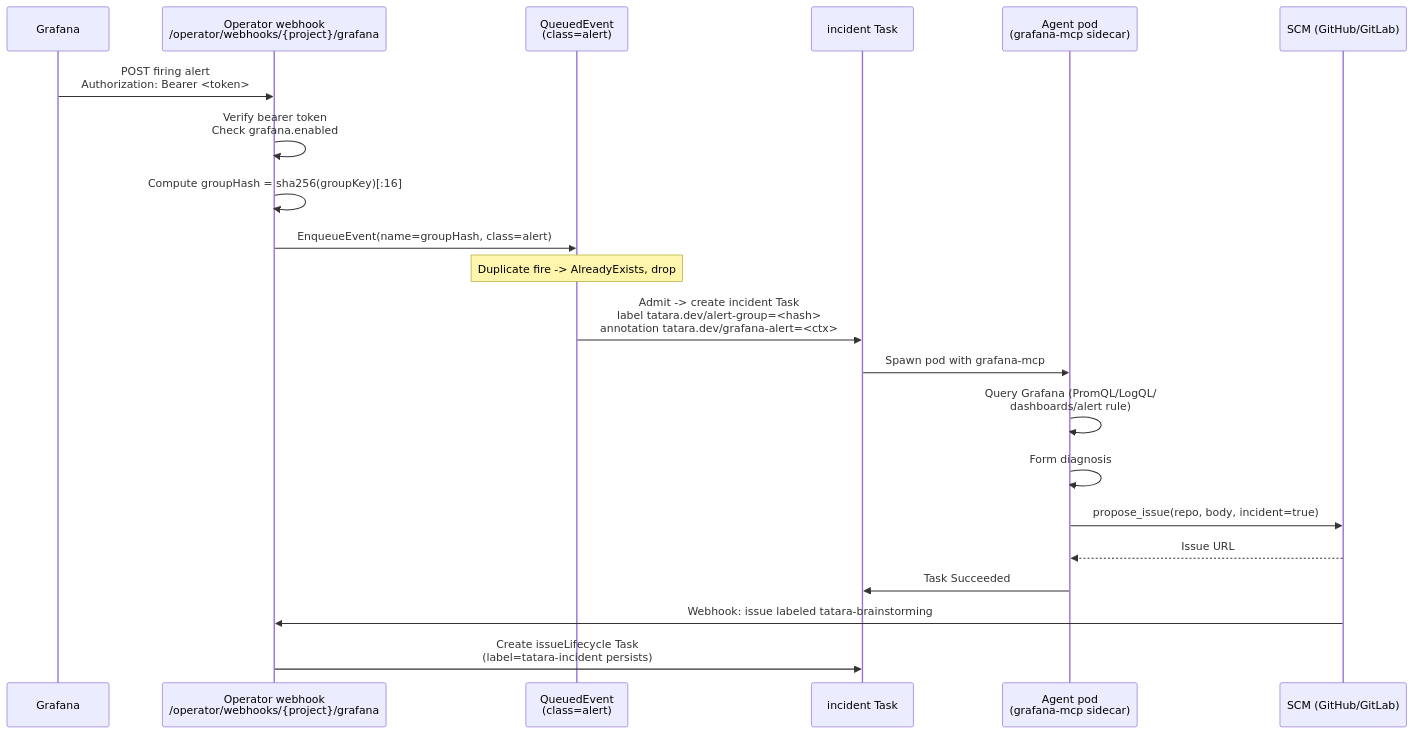
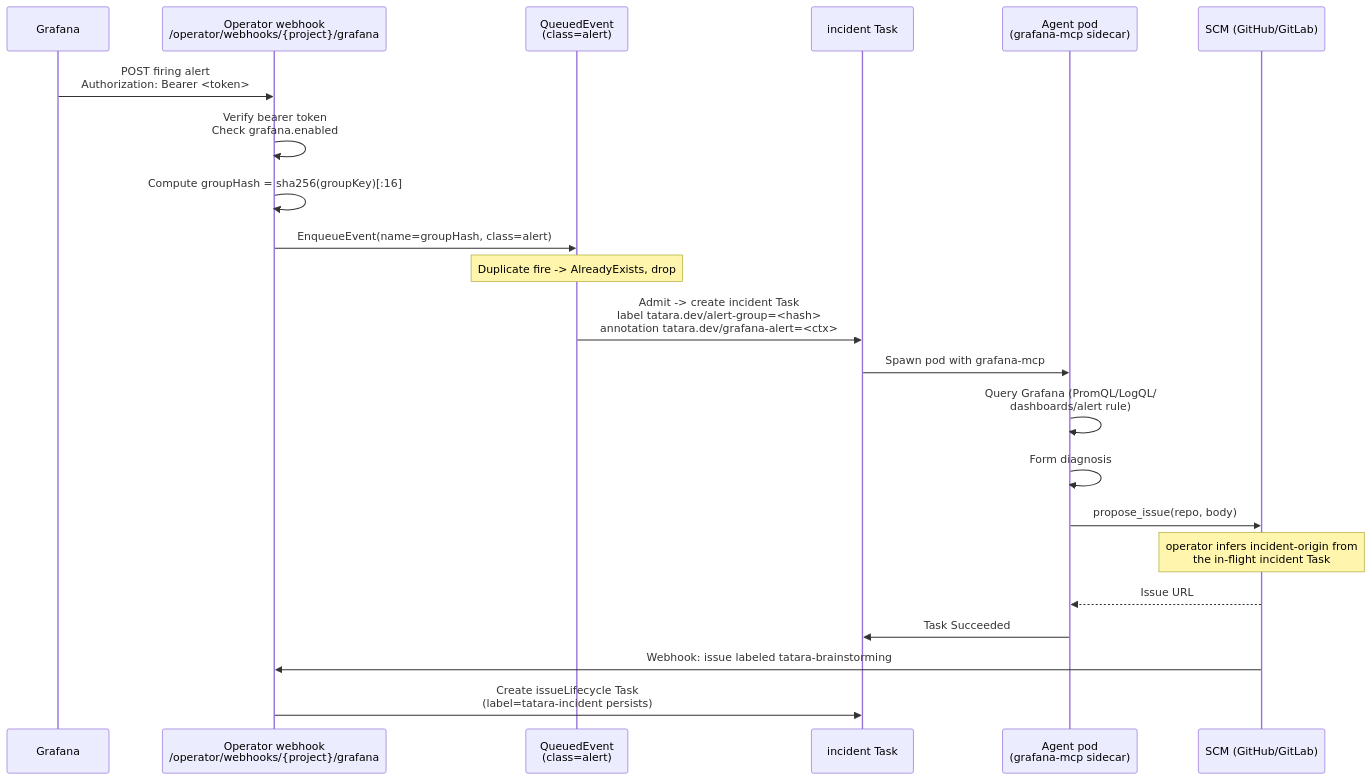
The diagram in docs/workflows/incident.md (szymonrychu/tatara-documentation), drawn with Mermaid before and after one commit. The commit also changed other lines of this file and 44 other files, not shown here.

````diff
--- a/docs/workflows/incident.md
+++ b/docs/workflows/incident.md
@@ -223,24 +239,25 @@
 ```mermaid
 sequenceDiagram
     participant Grafana
     participant Operator as Operator webhook<br/>/operator/webhooks/{project}/grafana
     participant Queue as QueuedEvent<br/>(class=alert)
     participant Task as incident Task
     participant Agent as Agent pod<br/>(grafana-mcp sidecar)
     participant SCM as SCM (GitHub/GitLab)
 
     Grafana->>Operator: POST firing alert<br/>Authorization: Bearer <token>
     Operator->>Operator: Verify bearer token<br/>Check grafana.enabled
     Operator->>Operator: Compute groupHash = sha256(groupKey)[:16]
     Operator->>Queue: EnqueueEvent(name=groupHash, class=alert)
     Note over Queue: Duplicate fire -> AlreadyExists, drop
     Queue->>Task: Admit -> create incident Task<br/>label tatara.dev/alert-group=<hash><br/>annotation tatara.dev/grafana-alert=<ctx>
     Task->>Agent: Spawn pod with grafana-mcp
     Agent->>Agent: Query Grafana (PromQL/LogQL/<br/>dashboards/alert rule)
     Agent->>Agent: Form diagnosis
-    Agent->>SCM: propose_issue(repo, body, incident=true)
+    Agent->>SCM: propose_issue(repo, body)
+    Note over SCM: operator infers incident-origin from<br/>the in-flight incident Task
     SCM-->>Agent: Issue URL
     Agent->>Task: Task Succeeded
     SCM->>Operator: Webhook: issue labeled tatara-brainstorming
     Operator->>Task: Create issueLifecycle Task<br/>(label=tatara-incident persists)
 ```
````
